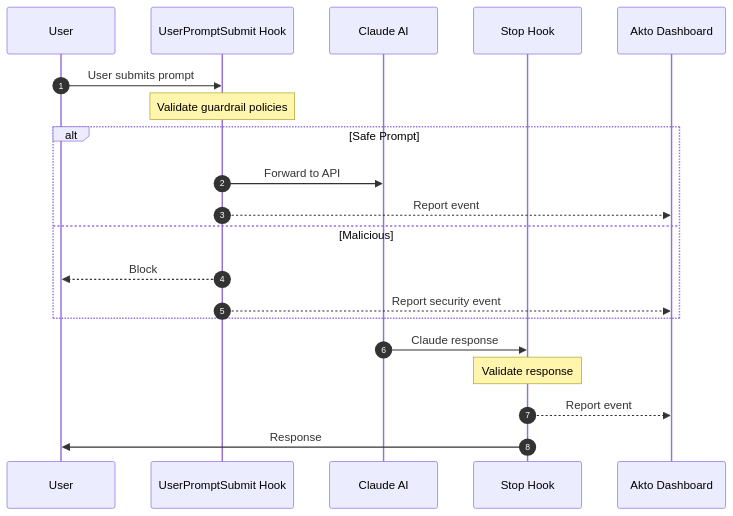
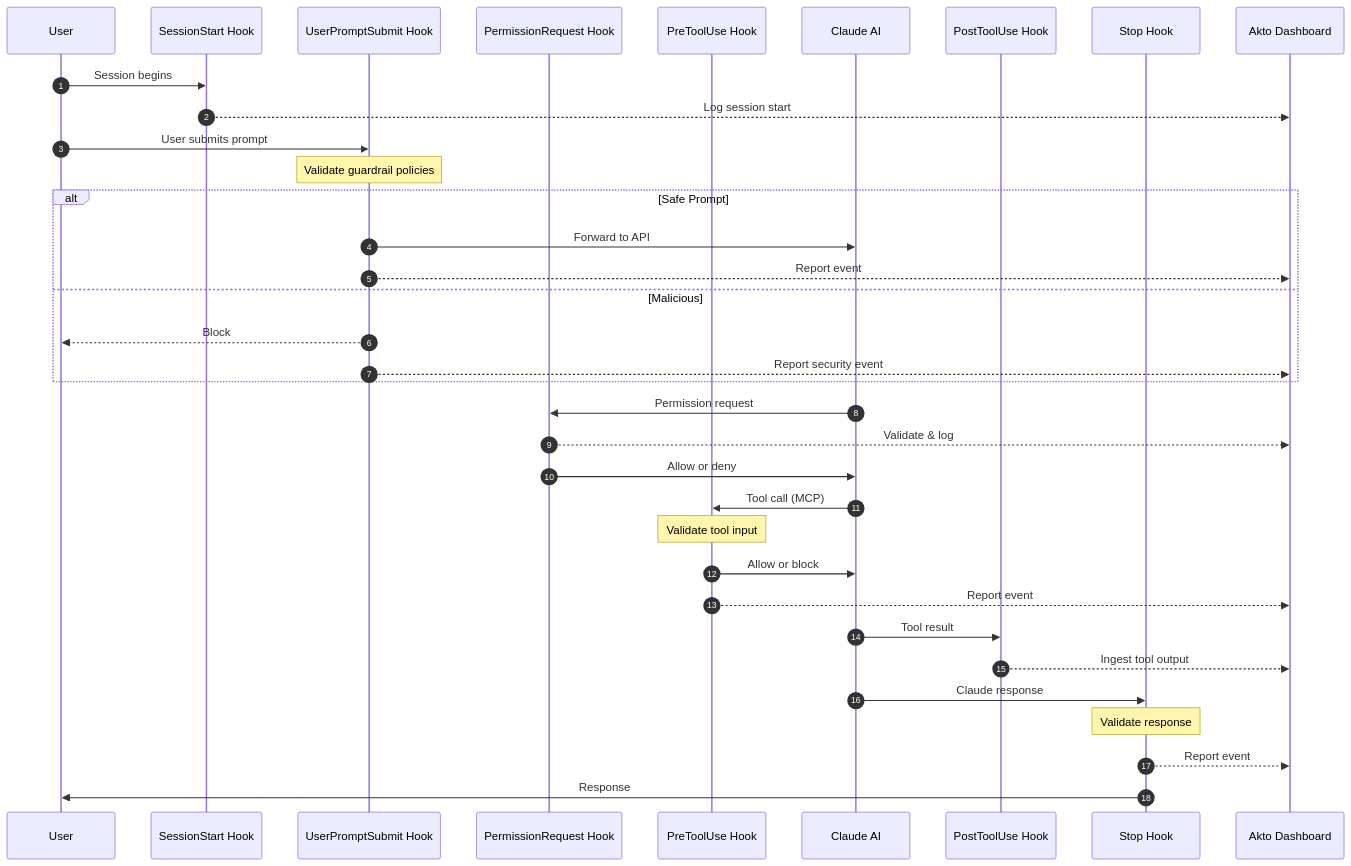
Before and after one commit to akto-api-security/Documentation: the diagram in akto-atlas-agentic-ai-security-for-employee-endpoints/endpoints-discovery-agents/claude-cli-hooks.md, drawn with Mermaid. The commit also changed other lines of this file, not shown here.

Commit message:
claude code hooks

````diff
--- a/akto-atlas-agentic-ai-security-for-employee-endpoints/endpoints-discovery-agents/claude-cli-hooks.md
+++ b/akto-atlas-agentic-ai-security-for-employee-endpoints/endpoints-discovery-agents/claude-cli-hooks.md
@@ -18,24 +18,43 @@
 ```mermaid
 sequenceDiagram
     autonumber
     participant User
+    participant SessionHook as SessionStart Hook
     participant PromptHook as UserPromptSubmit Hook
+    participant PermHook as PermissionRequest Hook
+    participant ToolHook as PreToolUse Hook
     participant Claude as Claude AI
+    participant PostToolHook as PostToolUse Hook
     participant ResponseHook as Stop Hook
     participant Akto as Akto Dashboard
+
+    User->>SessionHook: Session begins
+    SessionHook-->>Akto: Log session start
 
     User->>PromptHook: User submits prompt
     Note over PromptHook: Validate guardrail policies
     alt Safe Prompt
         PromptHook->>Claude: Forward to API
         PromptHook-->>Akto: Report event
     else Malicious
         PromptHook-->>User: Block
         PromptHook-->>Akto: Report security event
     end
 
+    Claude->>PermHook: Permission request
+    PermHook-->>Akto: Validate & log
+    PermHook->>Claude: Allow or deny
+
+    Claude->>ToolHook: Tool call (MCP)
+    Note over ToolHook: Validate tool input
+    ToolHook->>Claude: Allow or block
+    ToolHook-->>Akto: Report event
+
+    Claude->>PostToolHook: Tool result
+    PostToolHook-->>Akto: Ingest tool output
+
     Claude->>ResponseHook: Claude response
     Note over ResponseHook: Validate response
     ResponseHook-->>Akto: Report event
     ResponseHook->>User: Response
 ```
````
